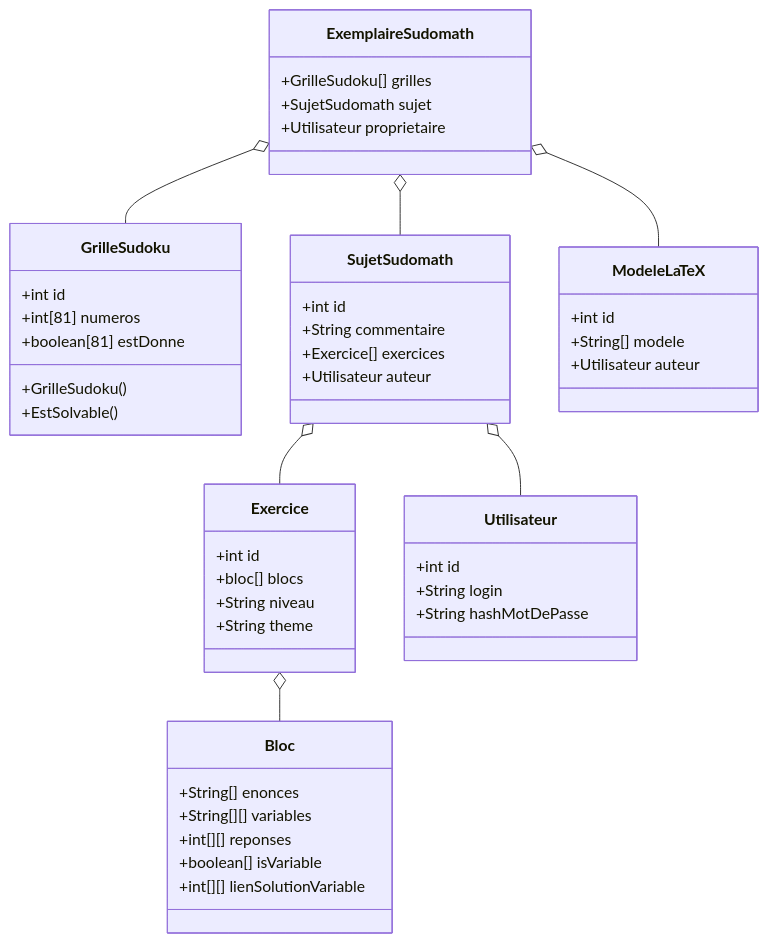
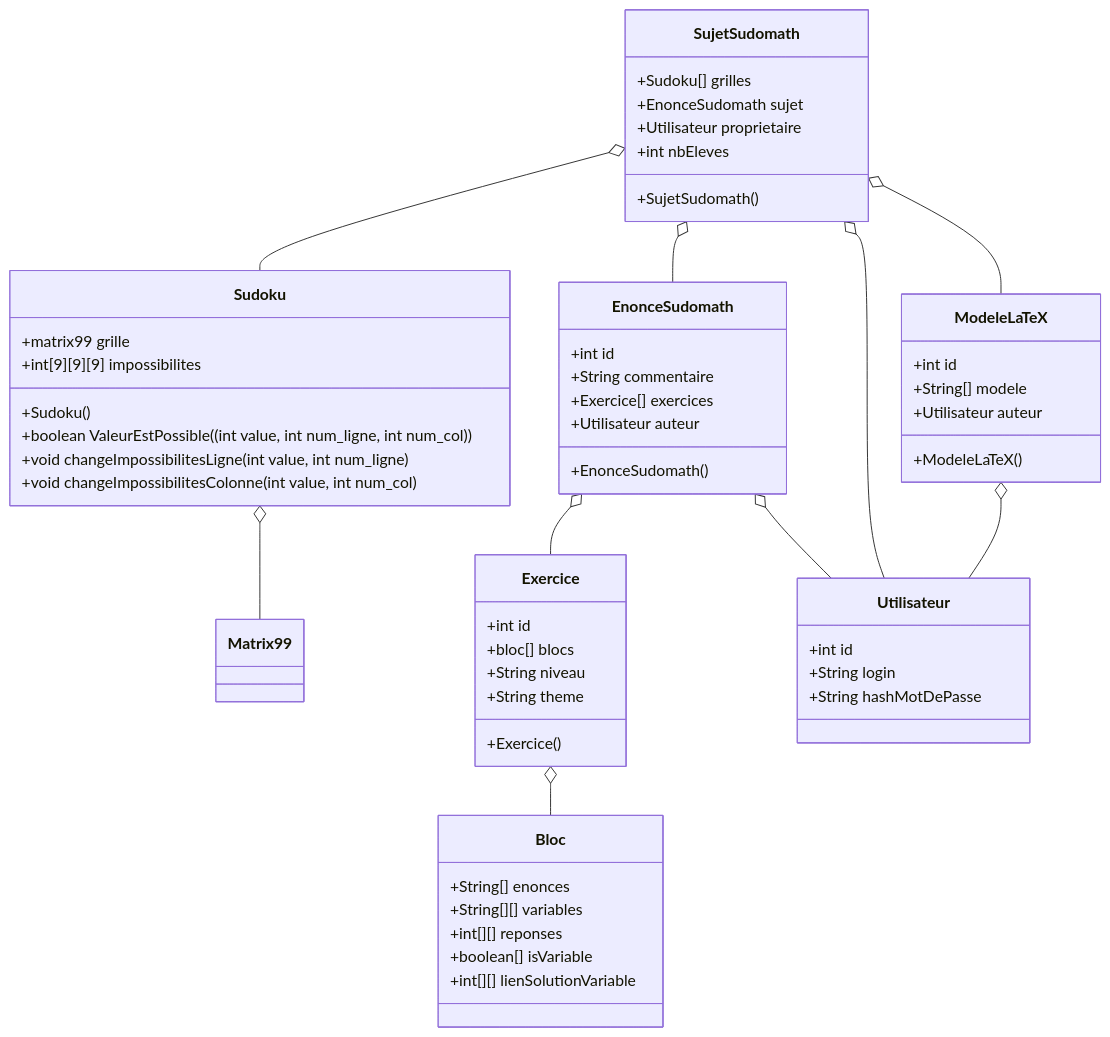
The first of 2 diagrams in modelisation.md (ndebarle/SudoMath), drawn with Mermaid before and after one commit.

Commit message:
Mise à jour du diagramme de classe

````diff
--- a/modelisation.md
+++ b/modelisation.md
@@ -3,44 +3,55 @@
 ```mermaid
     classDiagram
-    class GrilleSudoku
-    GrilleSudoku : +int id
-    GrilleSudoku : +int[81] numeros
-    GrilleSudoku : +boolean[81] estDonne
-    GrilleSudoku : +GrilleSudoku()
-    GrilleSudoku : +EstSolvable()
-    class SujetSudomath
-    SujetSudomath : +int id
-    SujetSudomath : +String commentaire
-    SujetSudomath : +Exercice[] exercices
-    SujetSudomath : +Utilisateur auteur
+    class Sudoku
+    Sudoku : +matrix99 grille
+    Sudoku : +int[9][9][9] impossibilites
+    Sudoku : +Sudoku()
+    Sudoku : +boolean ValeurEstPossible((int value, int num_ligne, int num_col))
+    Sudoku : +void changeImpossibilitesLigne(int value, int num_ligne)
+    Sudoku : +void changeImpossibilitesColonne(int value, int num_col)
+    
+    class Matrix99
+    Sudoku o-- Matrix99
+    class EnonceSudomath
+    EnonceSudomath : +int id
+    EnonceSudomath : +String commentaire
+    EnonceSudomath : +Exercice[] exercices
+    EnonceSudomath : +Utilisateur auteur
+    EnonceSudomath : +EnonceSudomath()
     class Bloc
     Exercice o-- Bloc
     Bloc : +String[] enonces
     Bloc : +String[][] variables
     Bloc : +int[][] reponses
     Bloc : +boolean[] isVariable
     Bloc : +int[][] lienSolutionVariable
     class Exercice
     Exercice : +int id
     Exercice : +bloc[] blocs
     Exercice : +String niveau
     Exercice : +String theme
-    SujetSudomath o-- Exercice
-    ExemplaireSudomath o-- ModeleLaTeX
-    SujetSudomath o-- Utilisateur
+    Exercice : +Exercice()
+    EnonceSudomath o-- Exercice
+    SujetSudomath o-- ModeleLaTeX
+    EnonceSudomath o-- Utilisateur
     class Utilisateur
     Utilisateur : +int id
     Utilisateur : +String login
     Utilisateur : +String hashMotDePasse
-    class ExemplaireSudomath
-    ExemplaireSudomath : +GrilleSudoku[] grilles
-    ExemplaireSudomath : +SujetSudomath sujet
-    ExemplaireSudomath : +Utilisateur proprietaire
-    ExemplaireSudomath o-- GrilleSudoku
-    ExemplaireSudomath o-- SujetSudomath
+    class SujetSudomath
+    SujetSudomath : +Sudoku[] grilles
+    SujetSudomath : +EnonceSudomath sujet
+    SujetSudomath : +Utilisateur proprietaire
+    SujetSudomath : +int nbEleves
+    SujetSudomath : +SujetSudomath()
+    SujetSudomath o-- Sudoku
+    SujetSudomath o-- EnonceSudomath
+    SujetSudomath o-- Utilisateur
     class ModeleLaTeX
     ModeleLaTeX : +int id
     ModeleLaTeX : +String[] modele
     ModeleLaTeX : +Utilisateur auteur
+    ModeleLaTeX : +ModeleLaTeX()
+    ModeleLaTeX o-- Utilisateur
 
 ```
````
